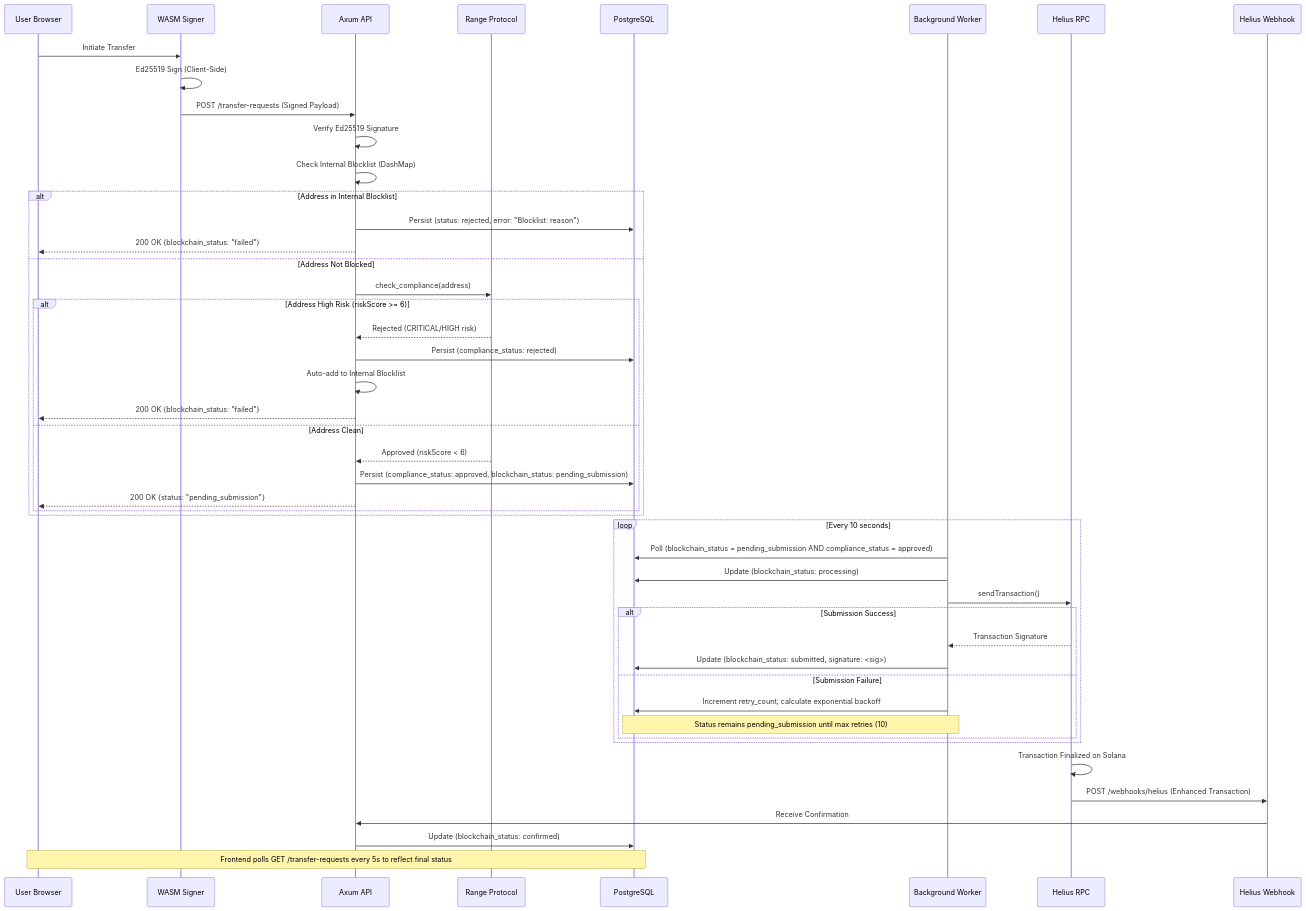
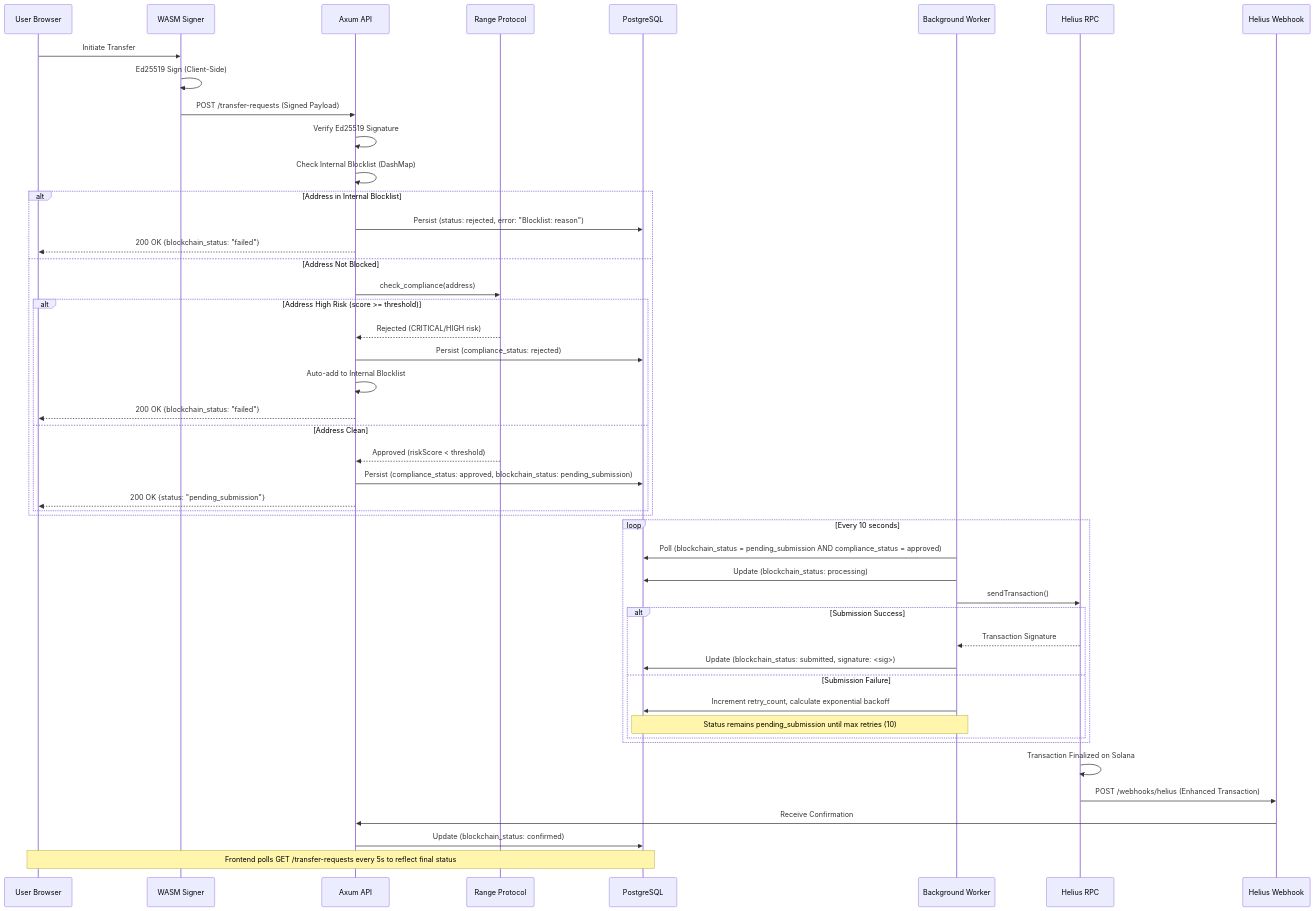
One commit to Berektassuly/solana-compliance-relayer changed the diagram in README.md. Above: the diagram before and after it, drawn with Mermaid. The commit also changed other lines of this file and 1 other file, not shown here.

Commit message:
docs: update inf about new Range Risk configuration

````diff
--- a/README.md
+++ b/README.md
@@ -135,56 +135,56 @@
 ```mermaid
 sequenceDiagram
     participant User as User Browser
     participant WASM as WASM Signer
     participant API as Axum API
     participant Range as Range Protocol
     participant DB as PostgreSQL
     participant Worker as Background Worker
     participant Helius as Helius RPC
     participant Webhook as Helius Webhook
 
     User->>WASM: Initiate Transfer
     WASM->>WASM: Ed25519 Sign (Client-Side)
     WASM->>API: POST /transfer-requests (Signed Payload)
     
     API->>API: Verify Ed25519 Signature
     API->>API: Check Internal Blocklist (DashMap)
     
     alt Address in Internal Blocklist
         API->>DB: Persist (status: rejected, error: "Blocklist: reason")
         API-->>User: 200 OK {blockchain_status: "failed"}
     else Address Not Blocked
         API->>Range: check_compliance(address)
-        alt Address High Risk (riskScore >= 6)
+        alt Address High Risk (score >= threshold)
             Range-->>API: Rejected (CRITICAL/HIGH risk)
             API->>DB: Persist (compliance_status: rejected)
             API->>API: Auto-add to Internal Blocklist
             API-->>User: 200 OK {blockchain_status: "failed"}
         else Address Clean
-            Range-->>API: Approved (riskScore < 6)
+            Range-->>API: Approved (riskScore < threshold)
             API->>DB: Persist (compliance_status: approved, blockchain_status: pending_submission)
             API-->>User: 200 OK {status: "pending_submission"}
         end
     end
 
     loop Every 10 seconds
         Worker->>DB: Poll (blockchain_status = pending_submission AND compliance_status = approved)
         Worker->>DB: Update (blockchain_status: processing)
         Worker->>Helius: sendTransaction()
         
         alt Submission Success
             Helius-->>Worker: Transaction Signature
             Worker->>DB: Update (blockchain_status: submitted, signature: <sig>)
         else Submission Failure
             Worker->>DB: Increment retry_count, calculate exponential backoff
             Note over Worker,DB: Status remains pending_submission until max retries (10)
         end
     end
 
     Helius->>Helius: Transaction Finalized on Solana
     Helius->>Webhook: POST /webhooks/helius (Enhanced Transaction)
     Webhook->>API: Receive Confirmation
     API->>DB: Update (blockchain_status: confirmed)
     
     Note over User,DB: Frontend polls GET /transfer-requests every 5s to reflect final status
 ```
````
